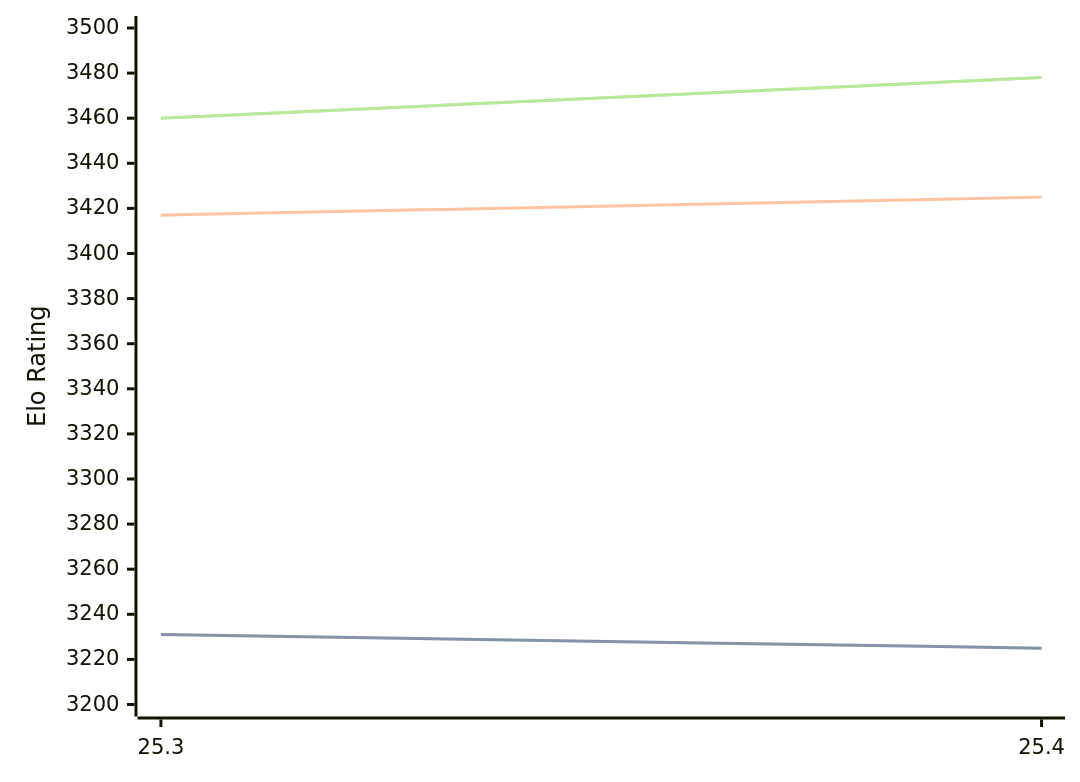
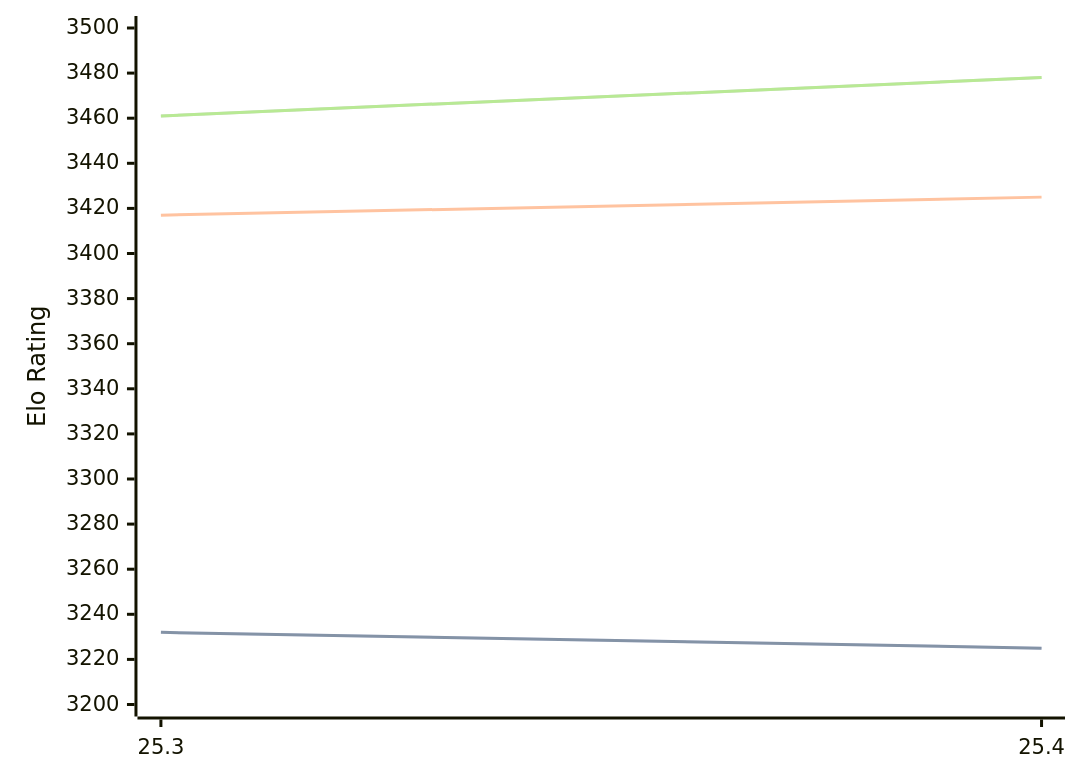
The third of 3 diagrams in engines/Arasan.md (computer-chess-index/cci), drawn with Mermaid before and after one commit. The commit also changed other lines of this file, not shown here.

Commit message:
Update CCI Ratings (ELO VLTC) - 2026-07-08

````diff
--- a/engines/Arasan.md
+++ b/engines/Arasan.md
@@ -66,11 +66,11 @@
 ```mermaid
 %%{init: {"theme":"base","themeVariables":{"seriesColors:['#a3a3a3','#222221','#faa371']}}}%%
 xychart-beta
   x-axis ["25.3", "25.4"]
   y-axis "Elo Rating" 3200 --> 3500
-  line "STC (8.0+0.08s)" [3231, 3225]
-  line "STC (8.0+0.08s)" [3231, 3225]
+  line "STC (8.0+0.08s)" [3232, 3225]
+  line "STC (8.0+0.08s)" [3232, 3225]
   line "LTC (60.0+0.60s)" [3417, 3425]
-  line "VLTC (2m24s+1.12s)" [3460, 3478]
-  line "VLTC (2m24s+1.12s)" [3460, 3478]
+  line "VLTC (2m24s+1.12s)" [3461, 3478]
+  line "VLTC (2m24s+1.12s)" [3461, 3478]
 ```
````
